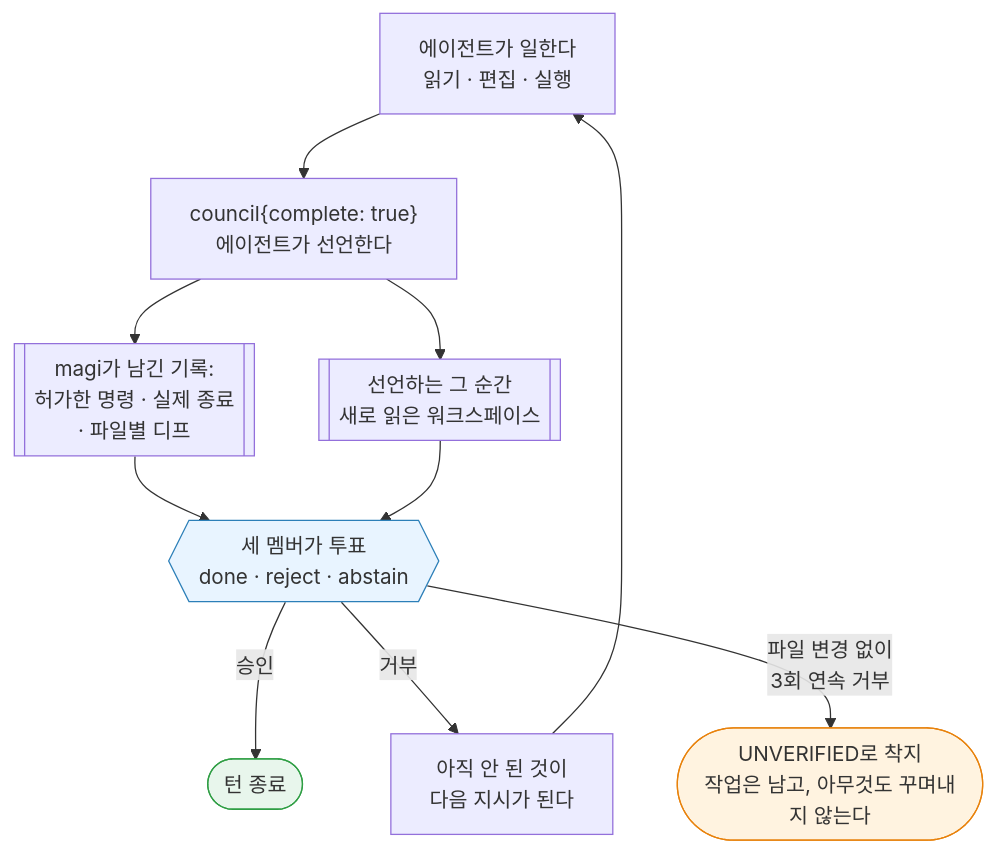
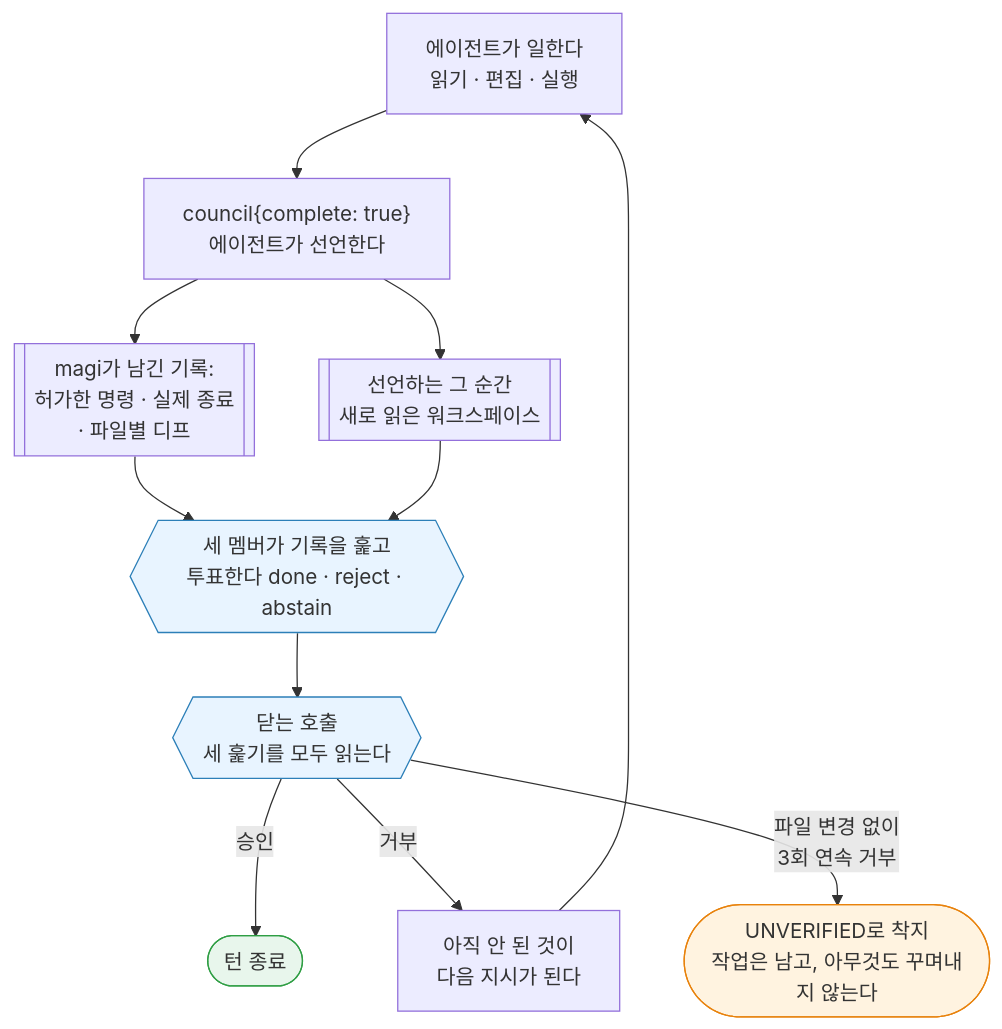
One commit to sayaya1090/magi changed the eighth of 19 diagrams in docs/MANUAL.ko.md. Above: the diagram before and after it, drawn with Mermaid. The commit also changed other lines of this file and 11 other files, not shown here.

````diff
--- a/docs/MANUAL.ko.md
+++ b/docs/MANUAL.ko.md
@@ -1120,15 +1120,17 @@
 ```mermaid
 flowchart TD
     S[에이전트가 일한다<br/>읽기 · 편집 · 실행] --> D["council{complete: true}<br/>에이전트가 선언한다"]
     D --> REC[[magi가 남긴 기록:<br/>허가한 명령 · 실제 종료<br/>· 파일별 디프]]
     D --> NOW[[선언하는 그 순간<br/>새로 읽은 워크스페이스]]
-    REC --> M{{세 멤버가 투표<br/>done · reject · abstain}}
+    REC --> M{{세 멤버가 기록을 훑고<br/>투표한다 done · reject · abstain}}
     NOW --> M
-    M -->|승인| E([턴 종료])
-    M -->|거부| FB[아직 안 된 것이<br/>다음 지시가 된다] --> S
-    M -->|파일 변경 없이<br/>3회 연속 거부| U([UNVERIFIED로 착지<br/>작업은 남고, 아무것도 꾸며내지 않는다])
+    M --> CL{{닫는 호출<br/>세 훑기를 모두 읽는다}}
+    CL -->|승인| E([턴 종료])
+    CL -->|거부| FB[아직 안 된 것이<br/>다음 지시가 된다] --> S
+    CL -->|파일 변경 없이<br/>3회 연속 거부| U([UNVERIFIED로 착지<br/>작업은 남고, 아무것도 꾸며내지 않는다])
 
     style E fill:#e8f6ec,stroke:#2f9e44
     style U fill:#fff3e0,stroke:#e8820c
     style M fill:#e8f4ff,stroke:#2c7fb8
+    style CL fill:#e8f4ff,stroke:#2c7fb8
 ```
````
